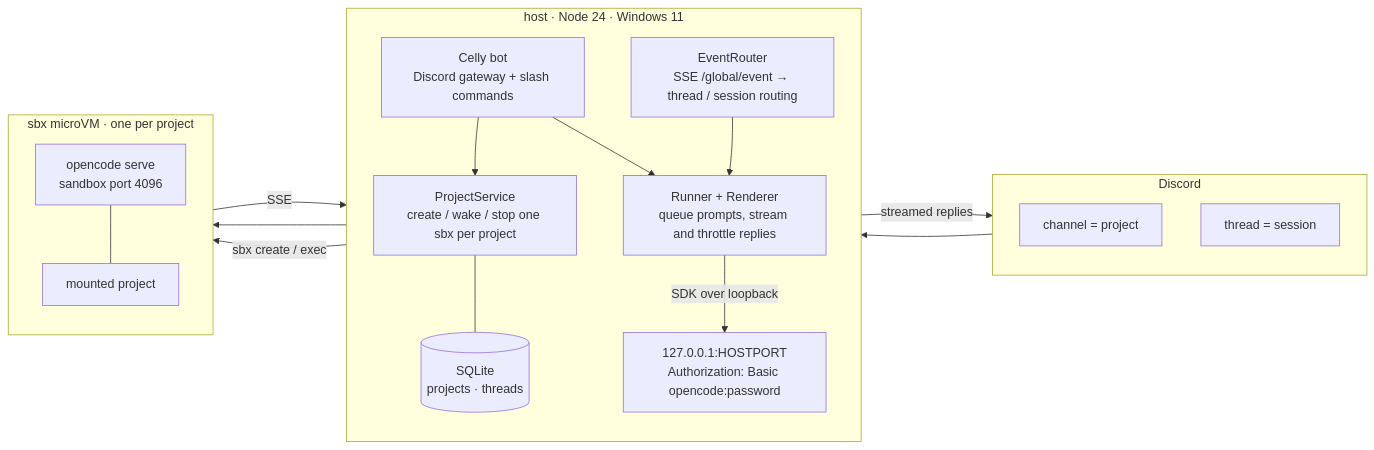
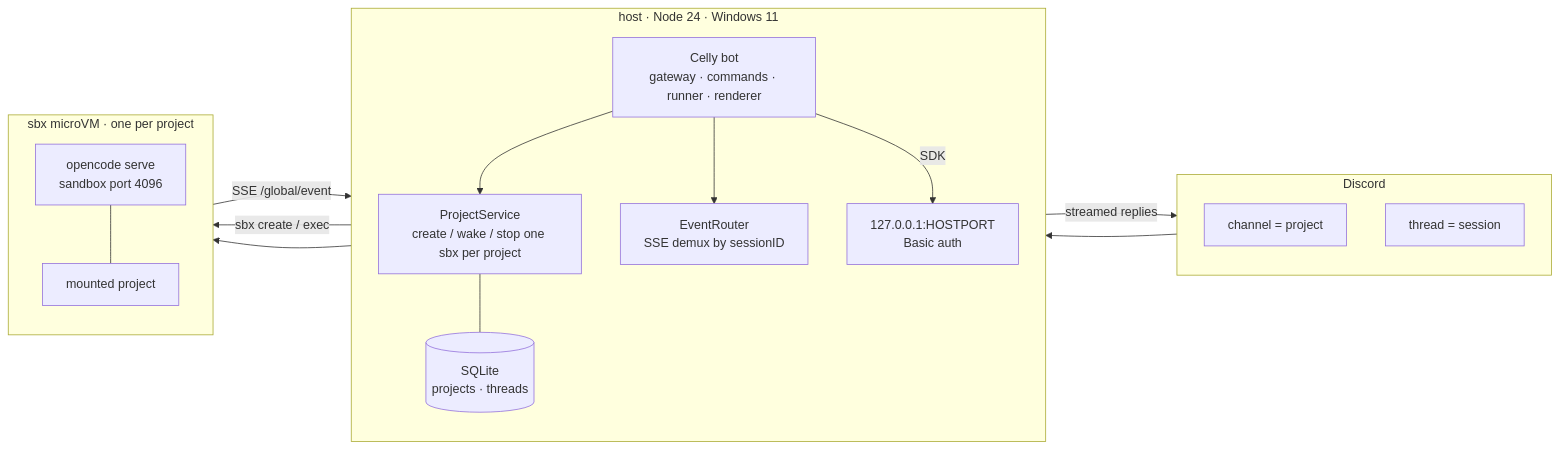
Before and after one commit to LegendArtur/bot-celly: the diagram in docs-site/index.mdx, drawn with Mermaid. The commit also changed 3 other files, not shown here.

````diff
--- a/docs-site/index.mdx
+++ b/docs-site/index.mdx
@@ -27,36 +27,34 @@
 ```mermaid
 flowchart LR
     subgraph discord["Discord"]
         direction TB
         channel["channel = project"]
         thread["thread = session"]
     end
 
     subgraph host["host · Node 24 · Windows 11"]
         direction TB
-        bot["Celly bot<br/>Discord gateway + slash commands"]
+        bot["Celly bot<br/>gateway · commands · runner · renderer"]
         projects["ProjectService<br/>create / wake / stop one sbx per project"]
-        runner["Runner + Renderer<br/>queue prompts, stream and throttle replies"]
-        router["EventRouter<br/>SSE /global/event → thread / session routing"]
+        events["EventRouter<br/>SSE demux by sessionID"]
         db[("SQLite<br/>projects · threads")]
-        port["127.0.0.1:HOSTPORT<br/>Authorization: Basic opencode:password"]
+        port["127.0.0.1:HOSTPORT<br/>Basic auth"]
     end
 
     subgraph sandbox["sbx microVM · one per project"]
         direction TB
         serve["opencode serve<br/>sandbox port 4096"]
-        files["mounted project"]
+        project["mounted project"]
     end
 
     channel --> bot
     bot --> projects
-    bot --> runner
-    runner -- "SDK over loopback" --> port
+    bot --> events
+    projects -- "sbx create / exec" --> serve
+    bot -- "SDK" --> port
     port --> serve
-    projects -- "sbx create / exec" --> serve
-    serve -- "SSE" --> router
-    router --> runner
-    runner -- "streamed replies" --> thread
-    serve --- files
+    serve -- "SSE /global/event" --> events
+    events -- "streamed replies" --> thread
     projects --- db
+    serve --- project
 ```
````
